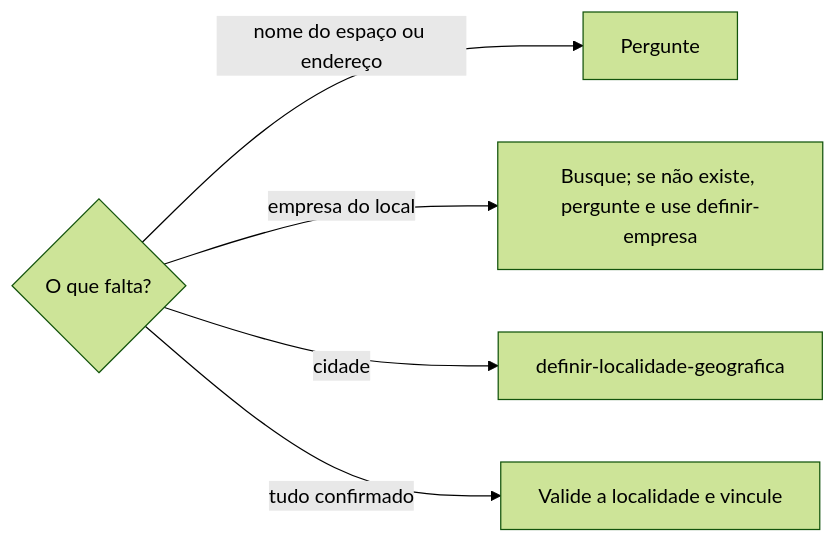
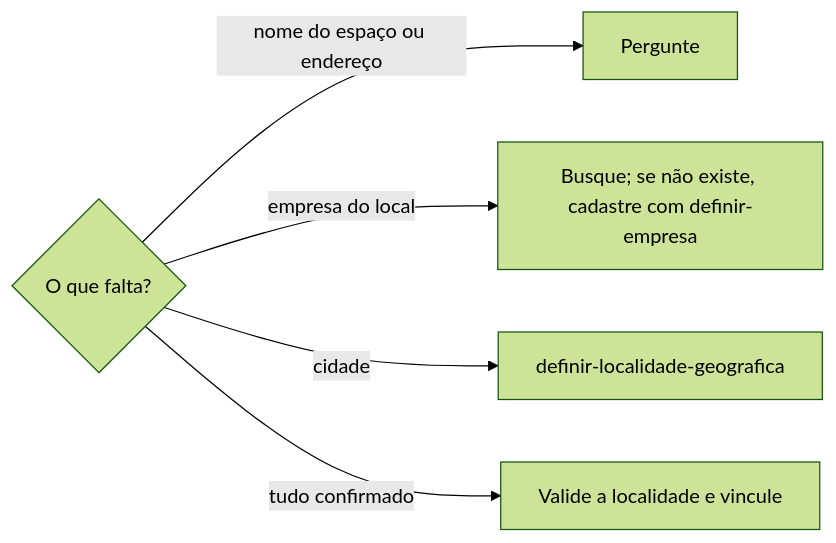
Before and after one commit to jimmyandrade/harness: the diagram in .agents/skills/definir-local-fisico/SKILL.md, drawn with Mermaid (forest theme). The commit also changed other lines of this file and 3 other files, not shown here.

````diff
--- a/.agents/skills/definir-local-fisico/SKILL.md
+++ b/.agents/skills/definir-local-fisico/SKILL.md
@@ -30,7 +30,7 @@
 ```mermaid
 flowchart LR
   Q{O que falta?} -->|nome do espaço ou endereço| P[Pergunte]
-  Q -->|empresa do local| E[Busque; se não existe, pergunte e use definir-empresa]
+  Q -->|empresa do local| E[Busque; se não existe, cadastre com definir-empresa]
   Q -->|cidade| L[definir-localidade-geografica]
   Q -->|tudo confirmado| V[Valide a localidade e vincule]
 ```
````
